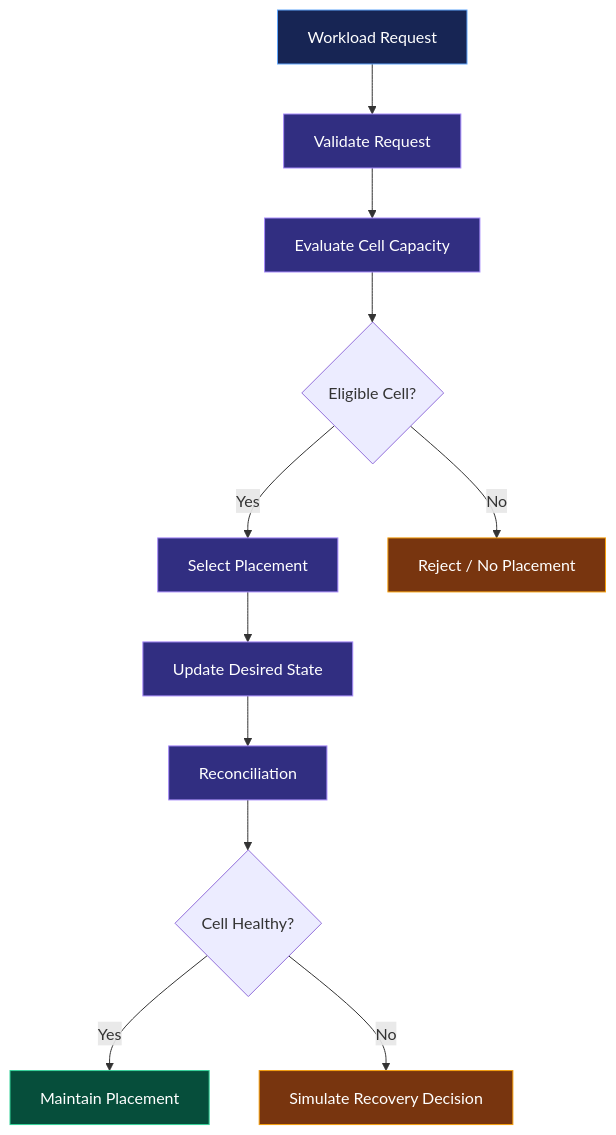
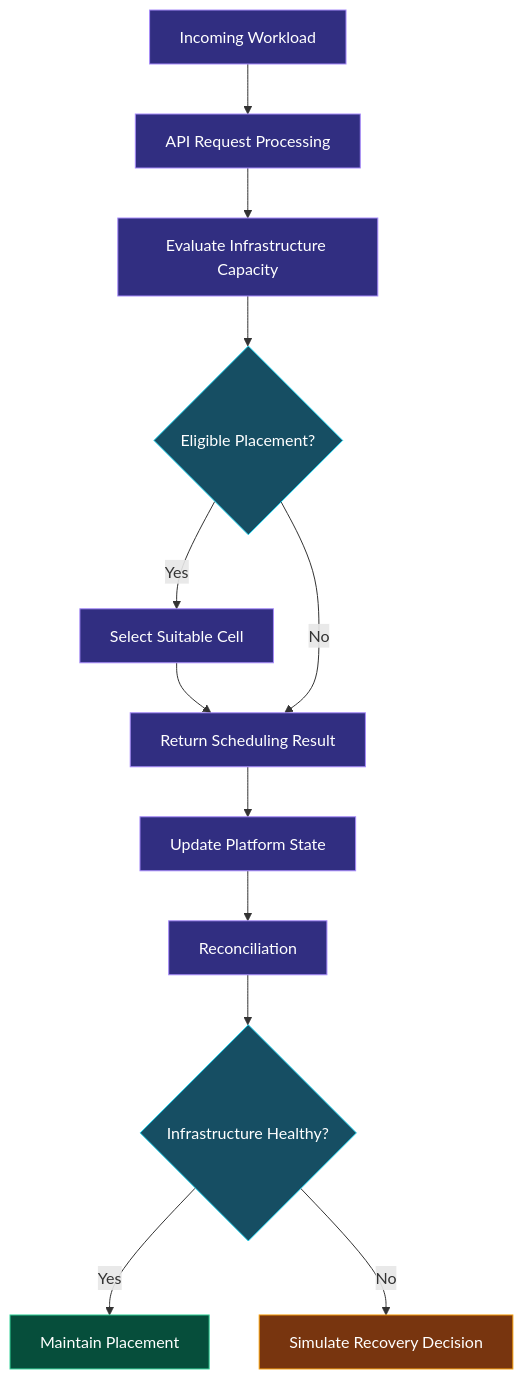
The second of 2 diagrams in README.md (akankshad1712/cellforge-x-multi-cluster-platform), drawn with Mermaid before and after one commit. The commit also changed other lines of this file, not shown here.

````diff
--- a/README.md
+++ b/README.md
@@ -137,30 +159,30 @@
 ```mermaid
 flowchart TD
-    R["Workload Request"]
-    V["Validate Request"]
-    C["Evaluate Cell Capacity"]
-    D{"Eligible Cell?"}
-    P["Select Placement"]
-    N["Reject / No Placement"]
-    S["Update Desired State"]
-    RC["Reconciliation"]
-    H{"Cell Healthy?"}
-    OK["Maintain Placement"]
-    F["Simulate Recovery Decision"]
+    A["Incoming Workload"]
+    B["API Request Processing"]
+    C["Evaluate Infrastructure Capacity"]
+    D{"Eligible Placement?"}
+    E["Select Suitable Cell"]
+    F["Return Scheduling Result"]
+    G["Update Platform State"]
+    H["Reconciliation"]
+    I{"Infrastructure Healthy?"}
+    J["Maintain Placement"]
+    K["Simulate Recovery Decision"]
 
-    R --> V --> C --> D
-    D -->|Yes| P --> S --> RC --> H
-    D -->|No| N
-    H -->|Yes| OK
-    H -->|No| F
+    A --> B --> C --> D
+    D -->|Yes| E --> F --> G --> H --> I
+    D -->|No| F
+    I -->|Yes| J
+    I -->|No| K
 
-    classDef start fill:#172554,stroke:#60A5FA,color:#FFFFFF
     classDef process fill:#312E81,stroke:#A78BFA,color:#FFFFFF
+    classDef decision fill:#164E63,stroke:#22D3EE,color:#FFFFFF
     classDef success fill:#064E3B,stroke:#34D399,color:#FFFFFF
-    classDef warning fill:#78350F,stroke:#F59E0B,color:#FFFFFF
+    classDef recovery fill:#78350F,stroke:#F59E0B,color:#FFFFFF
 
-    class R start
-    class V,C,P,S,RC process
-    class OK success
-    class N,F warning
+    class A,B,C,E,F,G,H process
+    class D,I decision
+    class J success
+    class K recovery
 ```
````
